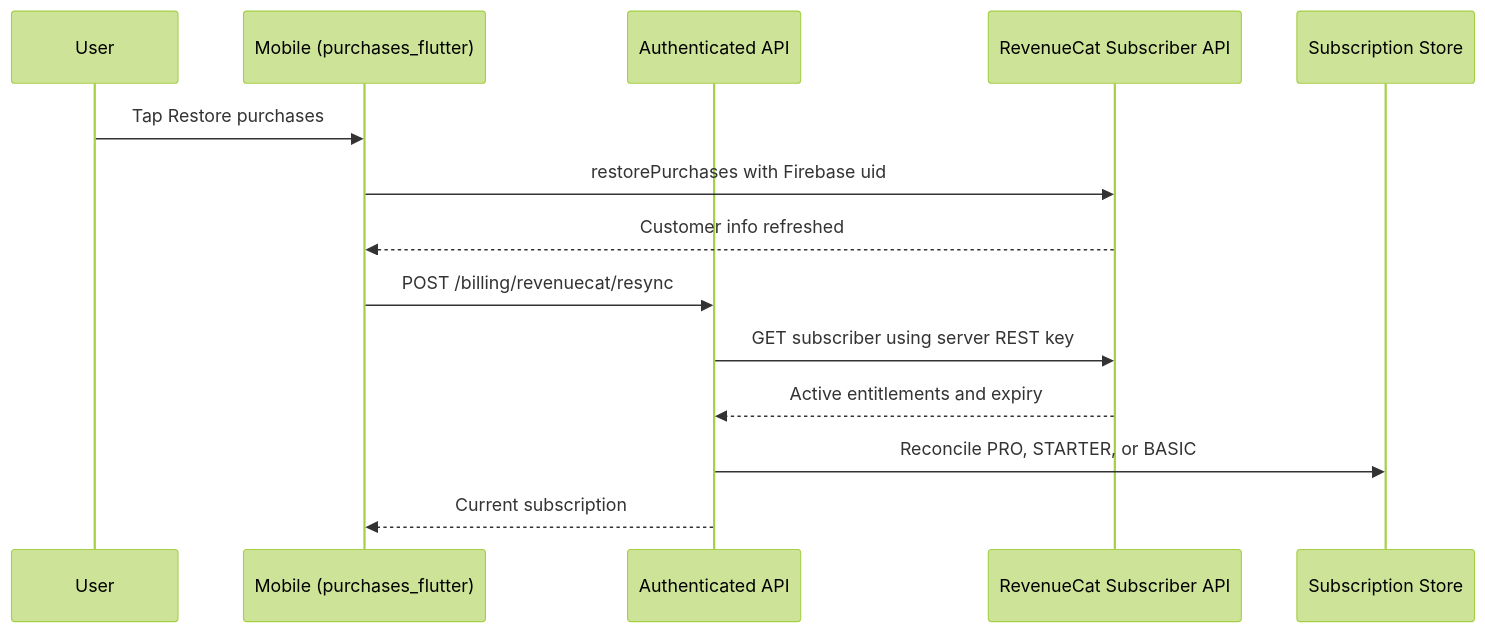
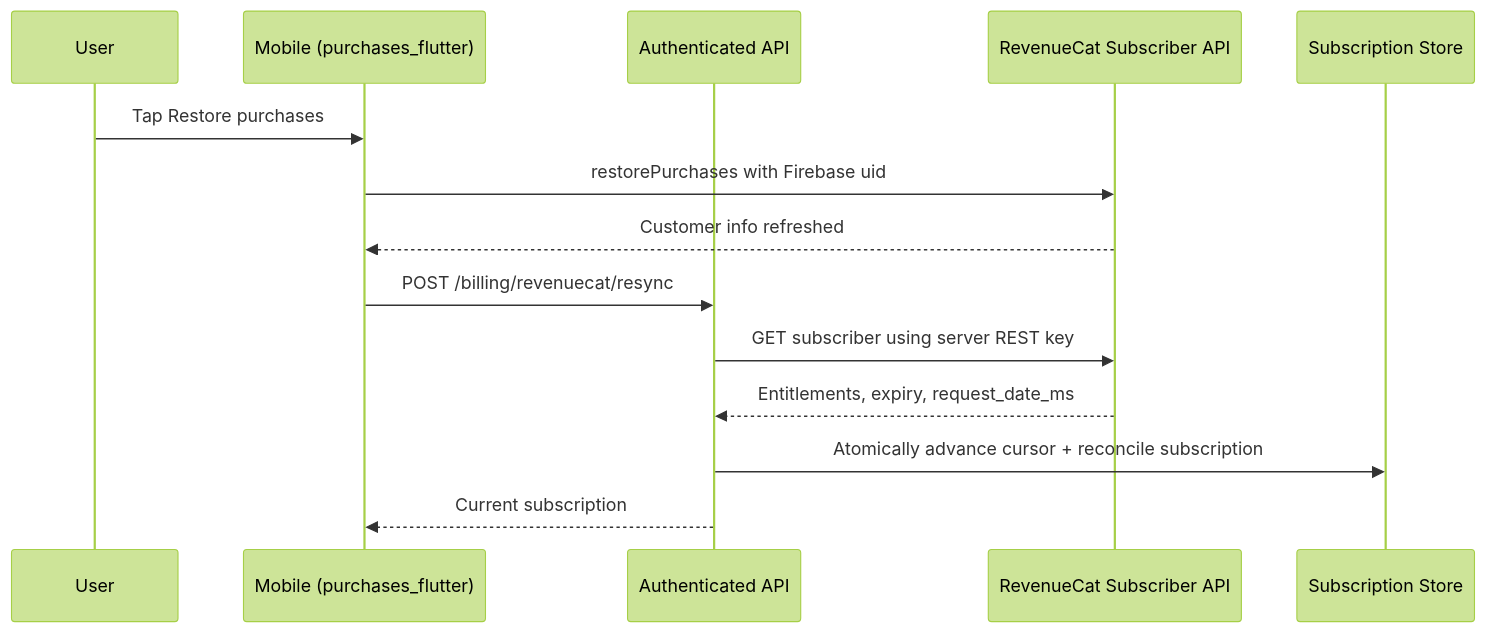
Before and after one commit to NOI56/PostDeeMobile: the fourth of 8 diagrams in ARCHITECTURE.md, drawn with Mermaid (forest theme). The commit also changed other lines of this file and 45 other files, not shown here.

````diff
--- a/ARCHITECTURE.md
+++ b/ARCHITECTURE.md
@@ -466,17 +475,17 @@
 ```mermaid
 sequenceDiagram
   participant U as User
   participant M as Mobile (purchases_flutter)
   participant A as Authenticated API
   participant RC as RevenueCat Subscriber API
   participant DB as Subscription Store
 
   U->>M: Tap Restore purchases
   M->>RC: restorePurchases with Firebase uid
   RC-->>M: Customer info refreshed
   M->>A: POST /billing/revenuecat/resync
   A->>RC: GET subscriber using server REST key
-  RC-->>A: Active entitlements and expiry
-  A->>DB: Reconcile PRO, STARTER, or BASIC
+  RC-->>A: Entitlements, expiry, request_date_ms
+  A->>DB: Atomically advance cursor + reconcile subscription
   A-->>M: Current subscription
 ```
````
